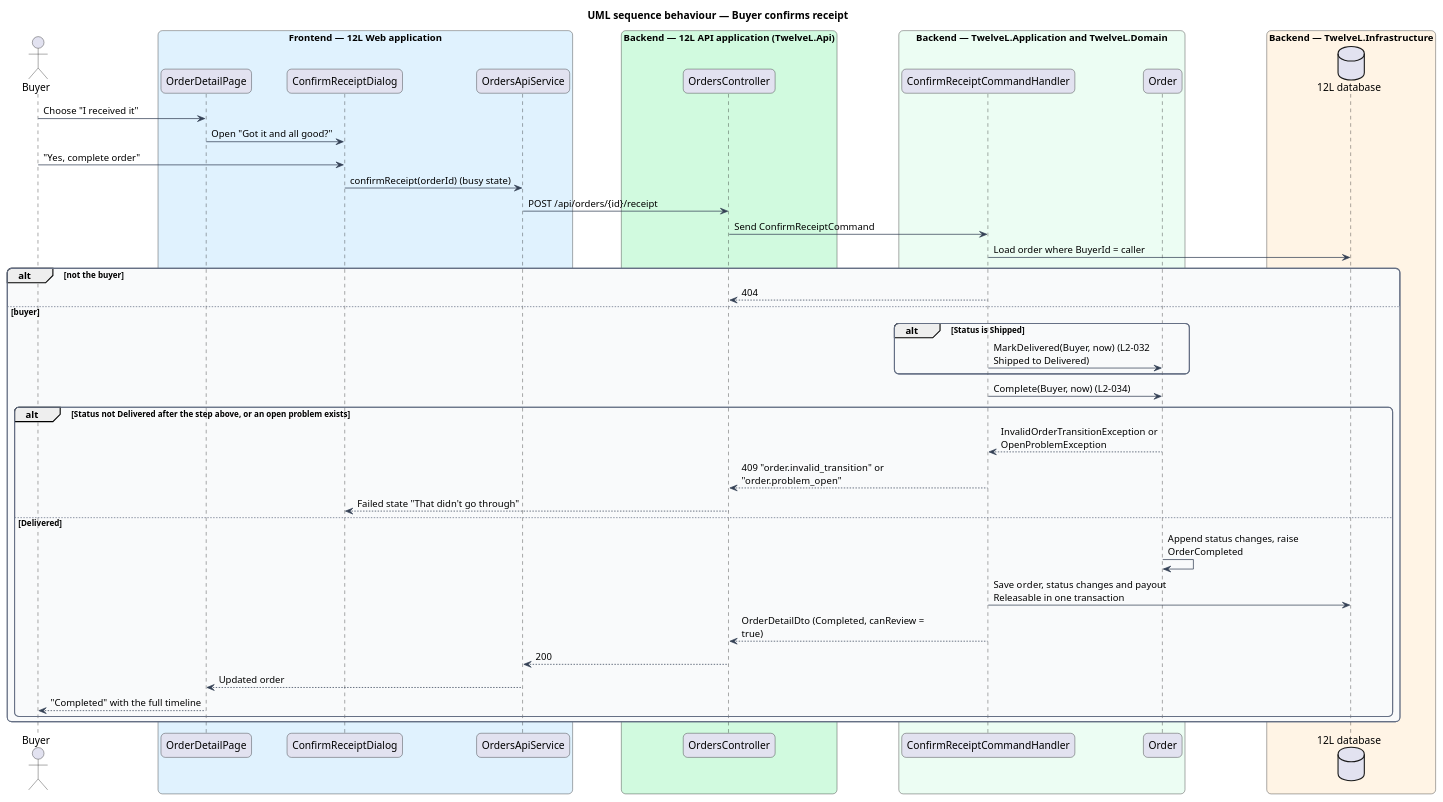
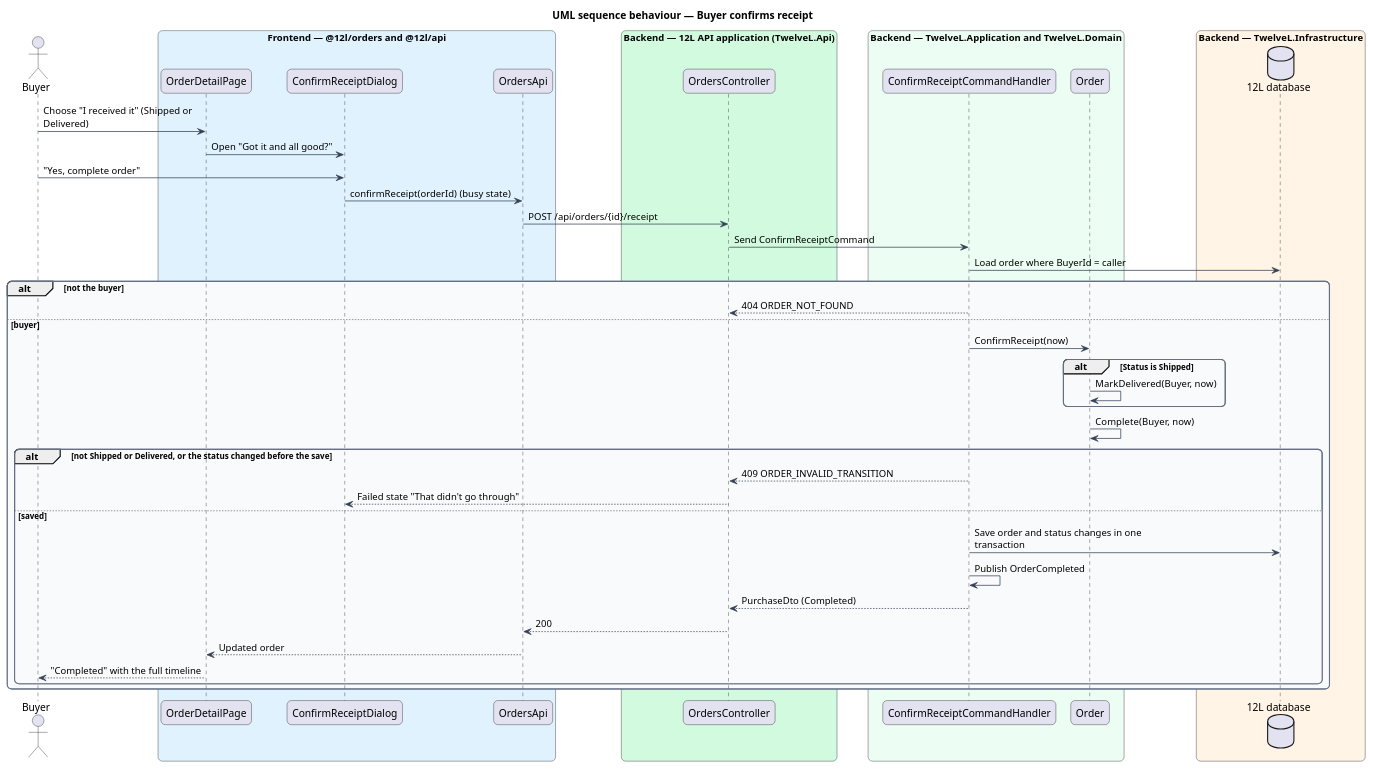
The diagram in docs/detailed-designs/orders/complete-order/diagrams/sequence-confirm-receipt.puml (QuinntyneBrown/12l), drawn with PlantUML before and after one commit. The commit also changed 21 other files, not shown here.

Commit message:
Document complete-order: design, ADR, L2-034, mocks, composition, estimates

```diff
--- a/docs/detailed-designs/orders/complete-order/diagrams/sequence-confirm-receipt.puml
+++ b/docs/detailed-designs/orders/complete-order/diagrams/sequence-confirm-receipt.puml
@@ -1,62 +1,62 @@
 @startuml
 title UML sequence behaviour — Buyer confirms receipt
 skinparam backgroundColor #FFFFFF
 skinparam shadowing false
 skinparam roundcorner 12
 skinparam defaultFontName Arial
 skinparam ArrowColor #344054
 skinparam rectangle {
   BorderColor #344054
   FontColor #101828
 }
 skinparam package {
   BorderColor #667085
   FontColor #101828
   BackgroundColor #F9FAFB
 }
 skinparam sequenceMessageAlign left
 skinparam maxMessageSize 260
 actor "Buyer" as actor
-box "Frontend — 12L Web application" #E0F2FE
+box "Frontend — @12l/orders and @12l/api" #E0F2FE
   participant "OrderDetailPage" as page
   participant "ConfirmReceiptDialog" as dlg
-  participant "OrdersApiService" as client
+  participant "OrdersApi" as client
 end box
 box "Backend — 12L API application (TwelveL.Api)" #D1FADF
   participant "OrdersController" as ctrl
 end box
 box "Backend — TwelveL.Application and TwelveL.Domain" #ECFDF3
   participant "ConfirmReceiptCommandHandler" as h
   participant "Order" as order
 end box
 box "Backend — TwelveL.Infrastructure" #FFF4E5
   database "12L database" as db
 end box
-actor -> page : Choose "I received it"
+actor -> page : Choose "I received it" (Shipped or Delivered)
 page -> dlg : Open "Got it and all good?"
 actor -> dlg : "Yes, complete order"
 dlg -> client : confirmReceipt(orderId) (busy state)
 client -> ctrl : POST /api/orders/{id}/receipt
 ctrl -> h : Send ConfirmReceiptCommand
 h -> db : Load order where BuyerId = caller
 alt not the buyer
-  h --> ctrl : 404
+  h --> ctrl : 404 ORDER_NOT_FOUND
 else buyer
+  h -> order : ConfirmReceipt(now)
   alt Status is Shipped
-    h -> order : MarkDelivered(Buyer, now) (L2-032 Shipped to Delivered)
+    order -> order : MarkDelivered(Buyer, now)
   end
-  h -> order : Complete(Buyer, now) (L2-034)
-  alt Status not Delivered after the step above, or an open problem exists
-    order --> h : InvalidOrderTransitionException or OpenProblemException
-    h --> ctrl : 409 "order.invalid_transition" or "order.problem_open"
+  order -> order : Complete(Buyer, now)
+  alt not Shipped or Delivered, or the status changed before the save
+    h --> ctrl : 409 ORDER_INVALID_TRANSITION
     ctrl --> dlg : Failed state "That didn't go through"
-  else Delivered
-    order -> order : Append status changes, raise OrderCompleted
-    h -> db : Save order, status changes and payout Releasable in one transaction
-    h --> ctrl : OrderDetailDto (Completed, canReview = true)
+  else saved
+    h -> db : Save order and status changes in one transaction
+    h -> h : Publish OrderCompleted
+    h --> ctrl : PurchaseDto (Completed)
     ctrl --> client : 200
     client --> page : Updated order
     page --> actor : "Completed" with the full timeline
   end
 end
 @enduml
```
